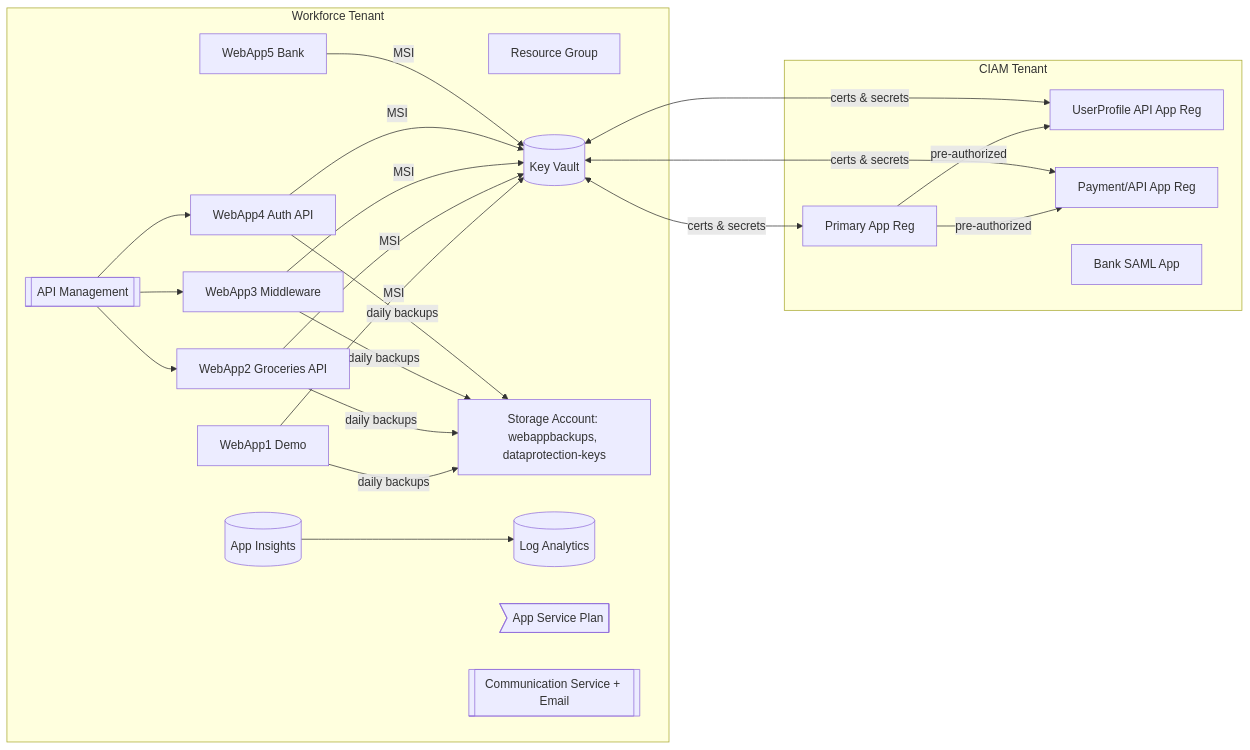
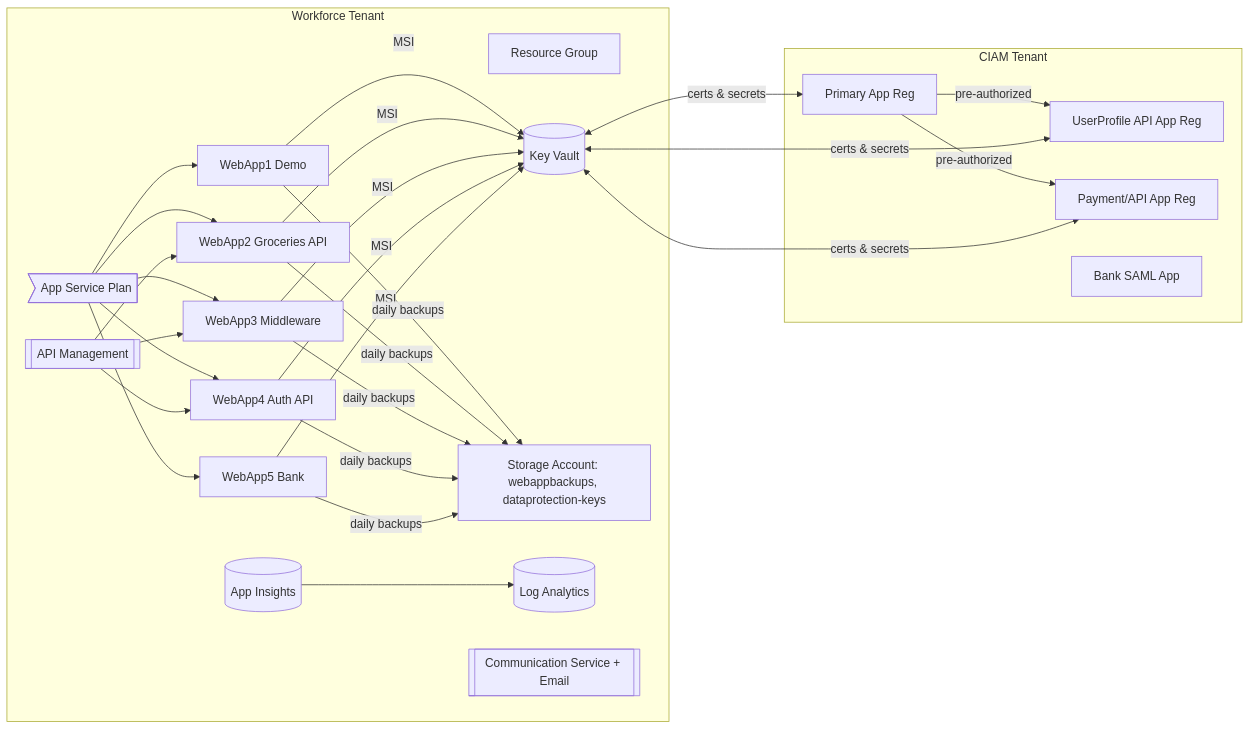
The diagram in README.md (t79homasdw/woodgrove-infrastructure), drawn with Mermaid before and after one commit.

Commit message:
Update flowchart

````diff
--- a/README.md
+++ b/README.md
@@ -11,31 +11,32 @@
 ```mermaid
 flowchart LR
   subgraph CIAM Tenant
     AADP[Primary App Reg]
     AADU[UserProfile API App Reg]
     AADA[Payment/API App Reg]
     AADB[Bank SAML App]
   end
   subgraph Workforce Tenant
     RG[Resource Group]
     KV[(Key Vault)]
     SA[Storage Account: webappbackups, dataprotection-keys]
     LAW[(Log Analytics)]
     AI[(App Insights)]
     ASP>App Service Plan]
     APIM[[API Management]]
     ACS[[Communication Service + Email]]
     W1[WebApp1 Demo]
     W2[WebApp2 Groceries API]
     W3[WebApp3 Middleware]
     W4[WebApp4 Auth API]
     W5[WebApp5 Bank]
   end
   AADP -->|pre-authorized| AADU
   AADP -->|pre-authorized| AADA
   KV <-->|certs & secrets| AADP & AADU & AADA
   W1 & W2 & W3 & W4 & W5 -->|MSI| KV
-  W1 & W2 & W3 & W4 -->|daily backups| SA
+  W1 & W2 & W3 & W4 & W5 -->|daily backups| SA
   AI --> LAW
+  ASP --> W1 & W2 & W3 & W4 & W5
   APIM --> W2 & W3 & W4 
 ```
````
